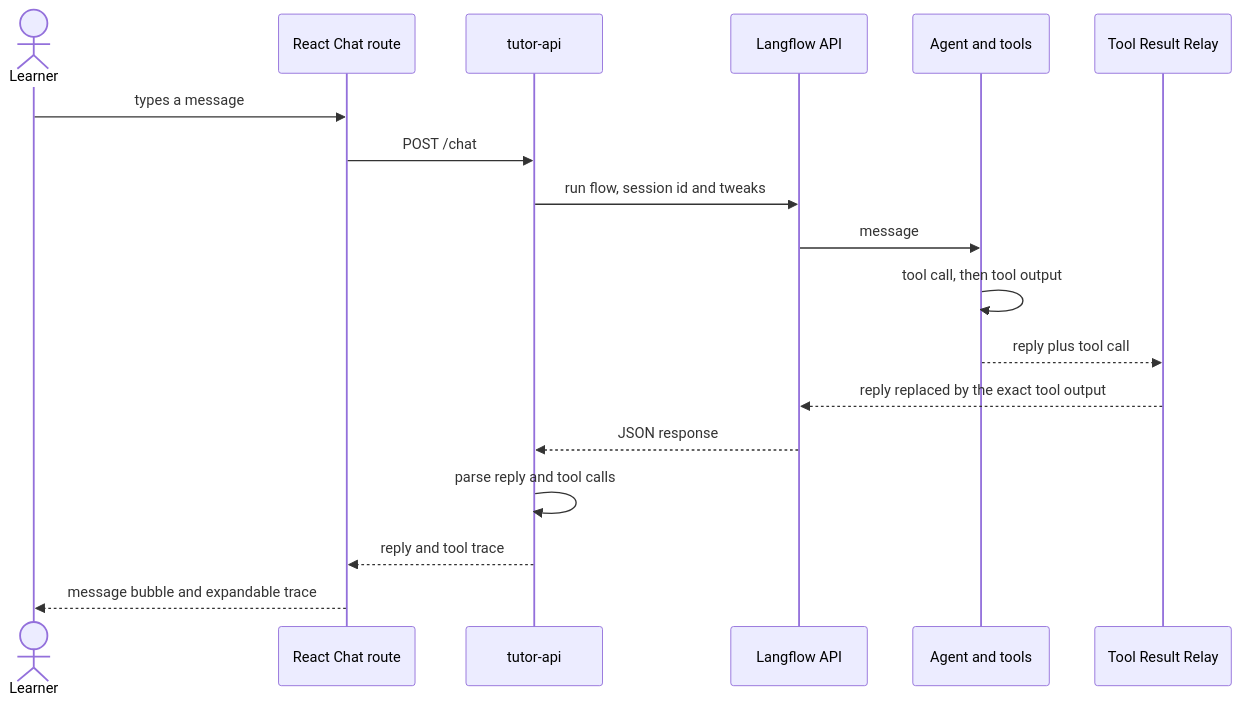
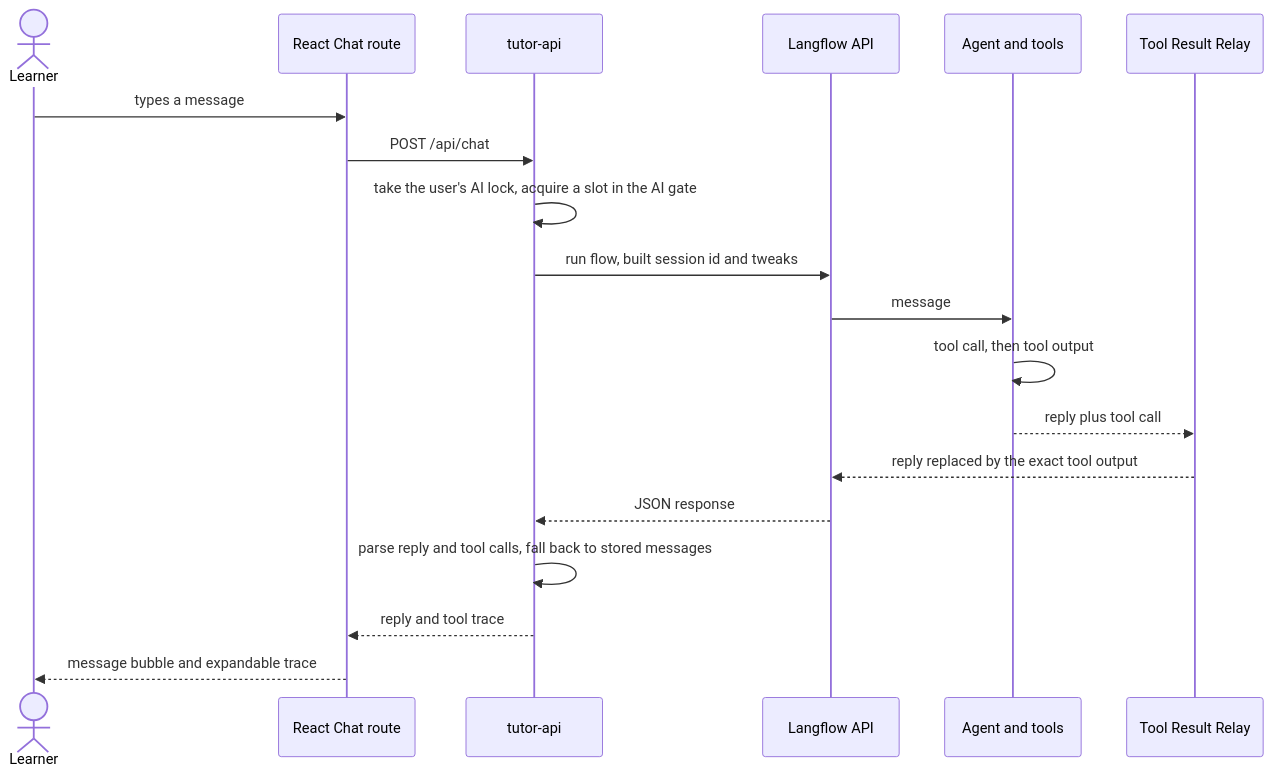
The fourth of 5 diagrams in docs/WEB-APP-DESIGN.md (stanley-yang-2001/bpllc_project), drawn with Mermaid before and after one commit. The commit also changed other lines of this file and 101 other files, not shown here.

````diff
--- a/docs/WEB-APP-DESIGN.md
+++ b/docs/WEB-APP-DESIGN.md
@@ -179,20 +263,21 @@
 ```mermaid
 sequenceDiagram
   actor L as Learner
   participant W as React Chat route
   participant A as tutor-api
   participant LF as Langflow API
   participant AG as Agent and tools
   participant R as Tool Result Relay
   L->>W: types a message
-  W->>A: POST /chat
-  A->>LF: run flow, session id and tweaks
+  W->>A: POST /api/chat
+  A->>A: take the user's AI lock, acquire a slot in the AI gate
+  A->>LF: run flow, built session id and tweaks
   LF->>AG: message
   AG->>AG: tool call, then tool output
   AG-->>R: reply plus tool call
   R-->>LF: reply replaced by the exact tool output
   LF-->>A: JSON response
-  A->>A: parse reply and tool calls
+  A->>A: parse reply and tool calls, fall back to stored messages
   A-->>W: reply and tool trace
   W-->>L: message bubble and expandable trace
 ```
````
